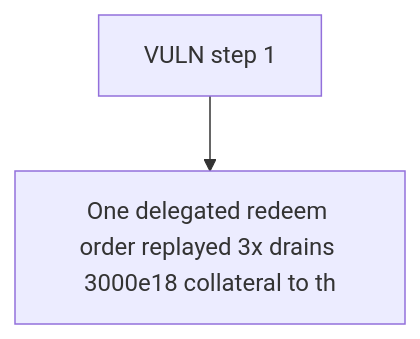
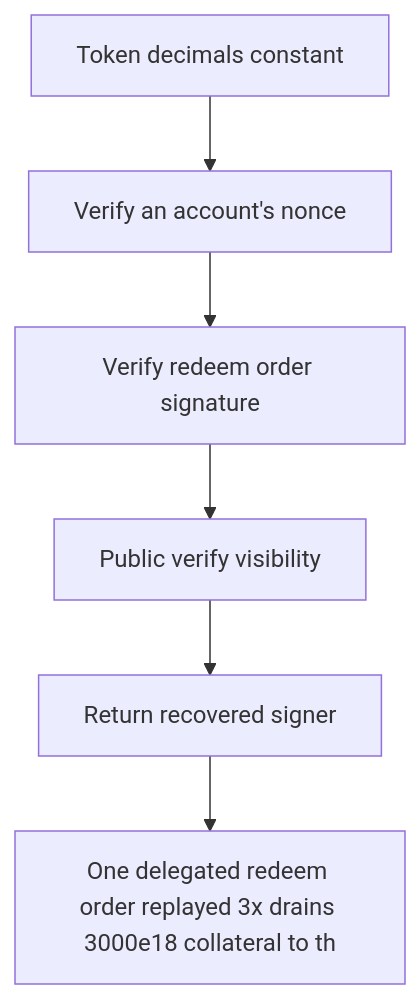
One commit to sanbir/evm-hack-registry changed the diagram in 64973-redeem-nonce-mis-tracked-enables-replay-spearbit-none-tenbin_exp/64973-redeem-nonce-mis-tracked-enables-replay-spearbit-none-tenbin_exp.md. Above: the diagram before and after it, drawn with Mermaid. The commit also changed other lines of this file and 79 other files, not shown here.

````diff
--- a/64973-redeem-nonce-mis-tracked-enables-replay-spearbit-none-tenbin_exp/64973-redeem-nonce-mis-tracked-enables-replay-spearbit-none-tenbin_exp.md
+++ b/64973-redeem-nonce-mis-tracked-enables-replay-spearbit-none-tenbin_exp/64973-redeem-nonce-mis-tracked-enables-replay-spearbit-none-tenbin_exp.md
@@ -28,6 +28,14 @@
 ```mermaid
 flowchart TD
-  S0["VULN step 1"]
+  S0["Token decimals constant"]
+  S1["Verify an account's nonce"]
+  S2["Verify redeem order signature"]
+  S3["Public verify visibility"]
+  S4["Return recovered signer"]
   H["One delegated redeem order replayed 3x drains 3000e18 collateral to th"]
-  S0 --> H
+  S0 --> S1
+  S1 --> S2
+  S2 --> S3
+  S3 --> S4
+  S4 --> H
 ```
````
